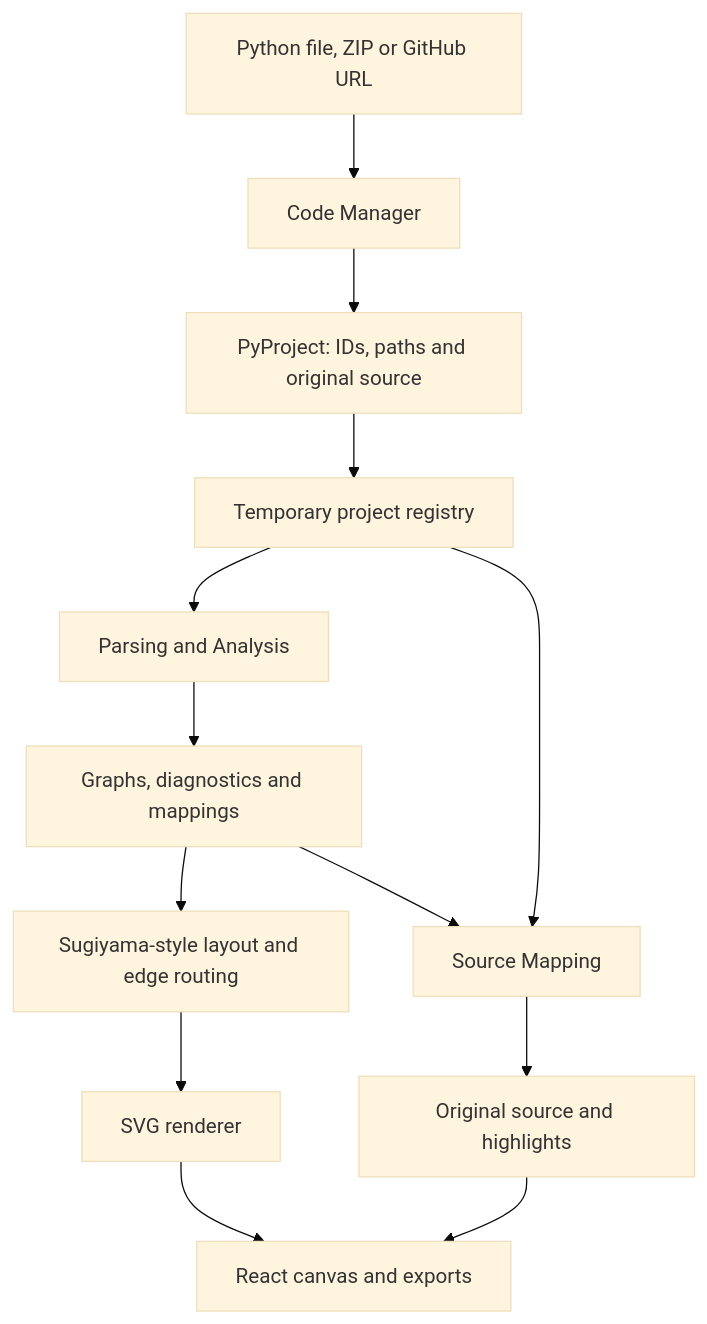
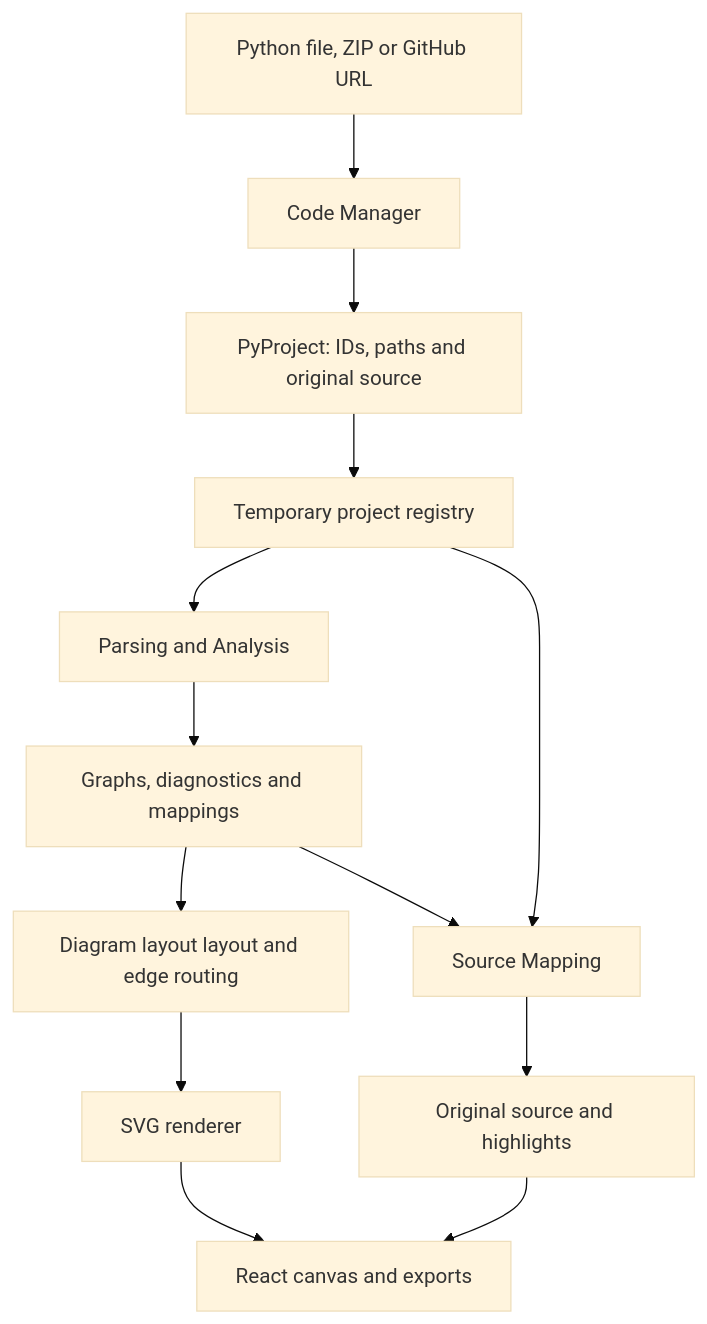
The diagram in README.md (jerphan/FlowBridge), drawn with Mermaid (base theme) before and after one commit.

Commit message:
Fix typo in Layout description in README.md
Corrected a typo in the description of the Layout component.

````diff
--- a/README.md
+++ b/README.md
@@ -29,15 +29,15 @@
 ```mermaid
 flowchart TD
     Input["Python file, ZIP or GitHub URL"] --> Manager["Code Manager"]
     Manager --> Project["PyProject: IDs, paths and original source"]
     Project --> Registry["Temporary project registry"]
     Registry --> Parser["Parsing and Analysis"]
     Parser --> Graphs["Graphs, diagnostics and mappings"]
-    Graphs --> Layout["Sugiyama-style layout and edge routing"]
+    Graphs --> Layout["Diagram layout layout and edge routing"]
     Layout --> Renderer["SVG renderer"]
     Renderer --> UI["React canvas and exports"]
     Graphs --> Mapping["Source Mapping"]
     Registry --> Mapping
     Mapping --> Source["Original source and highlights"]
     Source --> UI
 ```
````
